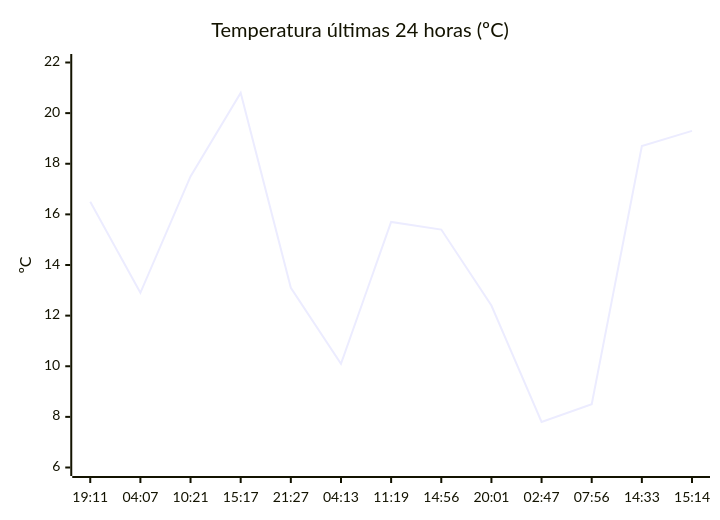
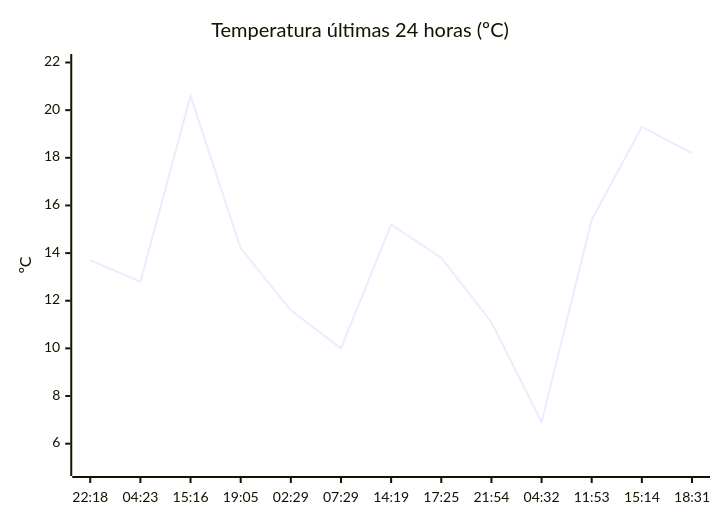
Before and after one commit to solidsnk86/rem-scrap: the diagram in README.md, drawn with Mermaid. The commit also changed other lines of this file, not shown here.

````diff
--- a/README.md
+++ b/README.md
@@ -36,7 +32,7 @@
 ```mermaid
 xychart-beta
     title "Temperatura últimas 24 horas (ºC)"
-    x-axis ["19:11", "04:07", "10:21", "15:17", "21:27", "04:13", "11:19", "14:56", "20:01", "02:47", "07:56", "14:33", "15:14"]
-    y-axis "ºC" 6 --> 22
-    line [16.5, 12.9, 17.5, 20.8, 13.1, 10.1, 15.7, 15.4, 12.4, 7.8, 8.5, 18.7, 19.3]
+    x-axis ["22:18", "04:23", "15:16", "19:05", "02:29", "07:29", "14:19", "17:25", "21:54", "04:32", "11:53", "15:14", "18:31"]
+    y-axis "ºC" 5 --> 22
+    line [13.7, 12.8, 20.6, 14.2, 11.6, 10, 15.2, 13.8, 11.1, 6.9, 15.4, 19.3, 18.2]
 ```
````
